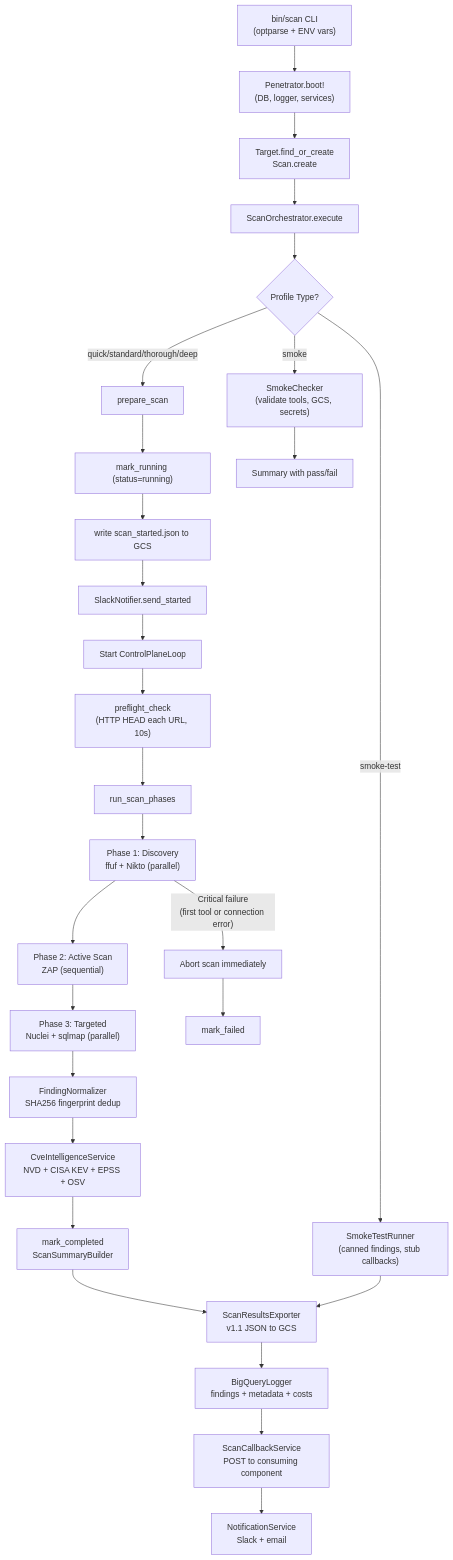
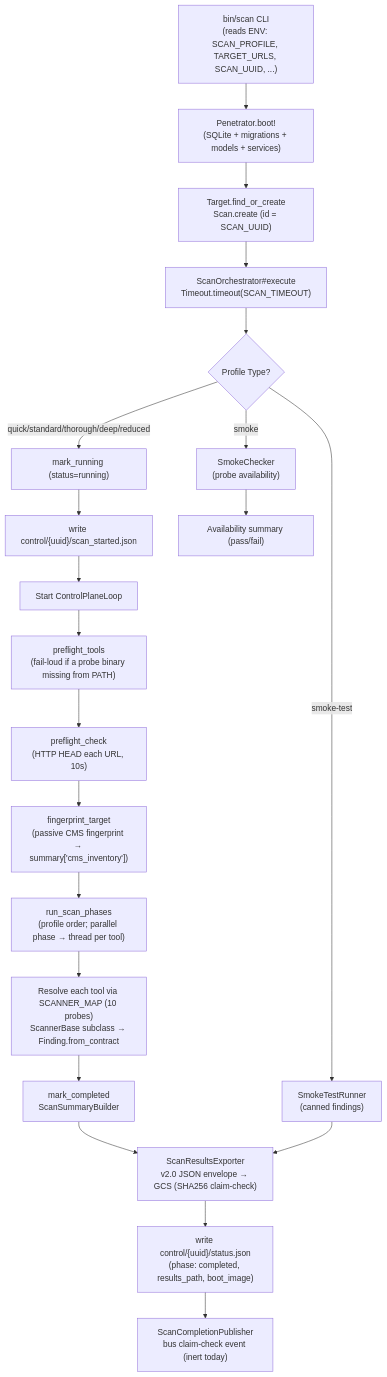
Before and after one commit to Peregrine-Technology-Systems/peregrine-penetrator-scanner: the third of 11 diagrams in docs/ARCHITECTURE.md, drawn with Mermaid. The commit also changed other lines of this file and 8 other files, not shown here.

First line of the commit message:
fix: dead NotificationService call crashed non-smoke scans; refresh architecture docs (#1077, #1076)

````diff
--- a/docs/ARCHITECTURE.md
+++ b/docs/ARCHITECTURE.md
@@ -166,37 +107,28 @@
 ```mermaid
 flowchart TD
-    A["bin/scan CLI<br/>(optparse + ENV vars)"] --> B["Penetrator.boot!<br/>(DB, logger, services)"]
-    B --> C["Target.find_or_create<br/>Scan.create"]
-    C --> D["ScanOrchestrator.execute"]
+    A["bin/scan CLI<br/>(reads ENV: SCAN_PROFILE, TARGET_URLS, SCAN_UUID, ...)"] --> B["Penetrator.boot!<br/>(SQLite + migrations + models + services)"]
+    B --> C["Target.find_or_create<br/>Scan.create (id = SCAN_UUID)"]
+    C --> D["ScanOrchestrator#execute<br/>Timeout.timeout(SCAN_TIMEOUT)"]
 
     D --> E{Profile Type?}
-    E -->|"smoke-test"| F["SmokeTestRunner<br/>(canned findings, stub callbacks)"]
-    E -->|"smoke"| G["SmokeChecker<br/>(validate tools, GCS, secrets)"]
-    E -->|"quick/standard/thorough/deep"| H["prepare_scan"]
+    E -->|"smoke-test"| F["SmokeTestRunner<br/>(canned findings)"]
+    E -->|"smoke"| G["SmokeChecker<br/>(probe availability)"]
+    E -->|"quick/standard/thorough/deep/reduced"| H["mark_running (status=running)"]
 
-    H --> H1["mark_running (status=running)"]
-    H1 --> H2["write scan_started.json to GCS"]
-    H2 --> H3["SlackNotifier.send_started"]
-    H3 --> H4["Start ControlPlaneLoop"]
-    H4 --> I["preflight_check<br/>(HTTP HEAD each URL, 10s)"]
-    I --> J["run_scan_phases"]
+    H --> H2["write control/{uuid}/scan_started.json"]
+    H2 --> H4["Start ControlPlaneLoop"]
+    H4 --> PT["preflight_tools<br/>(fail-loud if a probe binary missing from PATH)"]
+    PT --> I["preflight_check<br/>(HTTP HEAD each URL, 10s)"]
+    I --> FP["fingerprint_target<br/>(passive CMS fingerprint → summary['cms_inventory'])"]
+    FP --> J["run_scan_phases<br/>(profile order; parallel phase → thread per tool)"]
 
-    J --> K["Phase 1: Discovery<br/>ffuf + Nikto (parallel)"]
-    K --> L["Phase 2: Active Scan<br/>ZAP (sequential)"]
-    L --> M["Phase 3: Targeted<br/>Nuclei + sqlmap (parallel)"]
+    J --> SM["Resolve each tool via SCANNER_MAP (10 probes)<br/>ScannerBase subclass → Finding.from_contract"]
 
-    M --> N["FindingNormalizer<br/>SHA256 fingerprint dedup"]
-    N --> O["CveIntelligenceService<br/>NVD + CISA KEV + EPSS + OSV"]
-    O --> P["mark_completed<br/>ScanSummaryBuilder"]
-
-    P --> Q["ScanResultsExporter<br/>v1.1 JSON to GCS"]
-    Q --> R["BigQueryLogger<br/>findings + metadata + costs"]
-    R --> S["ScanCallbackService<br/>POST to consuming component"]
-    S --> T["NotificationService<br/>Slack + email"]
+    SM --> P["mark_completed<br/>ScanSummaryBuilder"]
+    P --> Q["ScanResultsExporter<br/>v2.0 JSON envelope → GCS (SHA256 claim-check)"]
+    Q --> ST["write control/{uuid}/status.json<br/>(phase: completed, results_path, boot_image)"]
+    ST --> B2["ScanCompletionPublisher<br/>bus claim-check event (inert today)"]
 
     F --> Q
-    G --> U["Summary with pass/fail"]
-
-    K -->|"Critical failure<br/>(first tool or connection error)"| V["Abort scan immediately"]
-    V --> W["mark_failed"]
+    G --> U["Availability summary (pass/fail)"]
 ```
````
